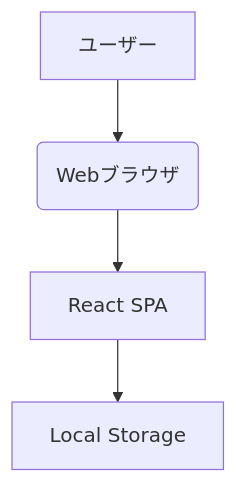
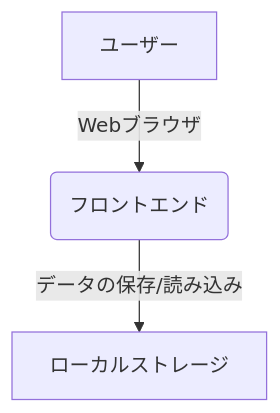
Before and after one commit to matujuri/ai-workflow: the first of 5 diagrams in docs/design.md, drawn with Mermaid. The commit also changed other lines of this file and 13 other files, not shown here.

````diff
--- a/docs/design.md
+++ b/docs/design.md
@@ -5,6 +5,5 @@
 ```mermaid
 graph TD
-    A[ユーザー] --> B(Webブラウザ)
-    B --> C[React SPA]
-    C --> D[Local Storage]
+    User[ユーザー] --> |Webブラウザ| Frontend(フロントエンド);
+    Frontend --> |データの保存/読み込み| LocalStorage[ローカルストレージ];
 ```
````
